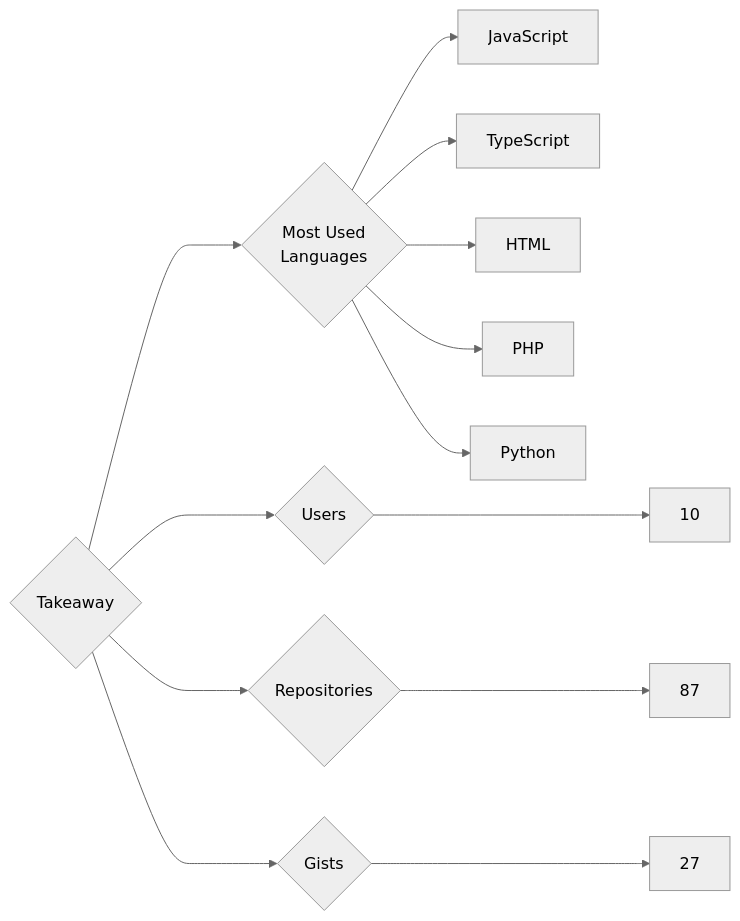
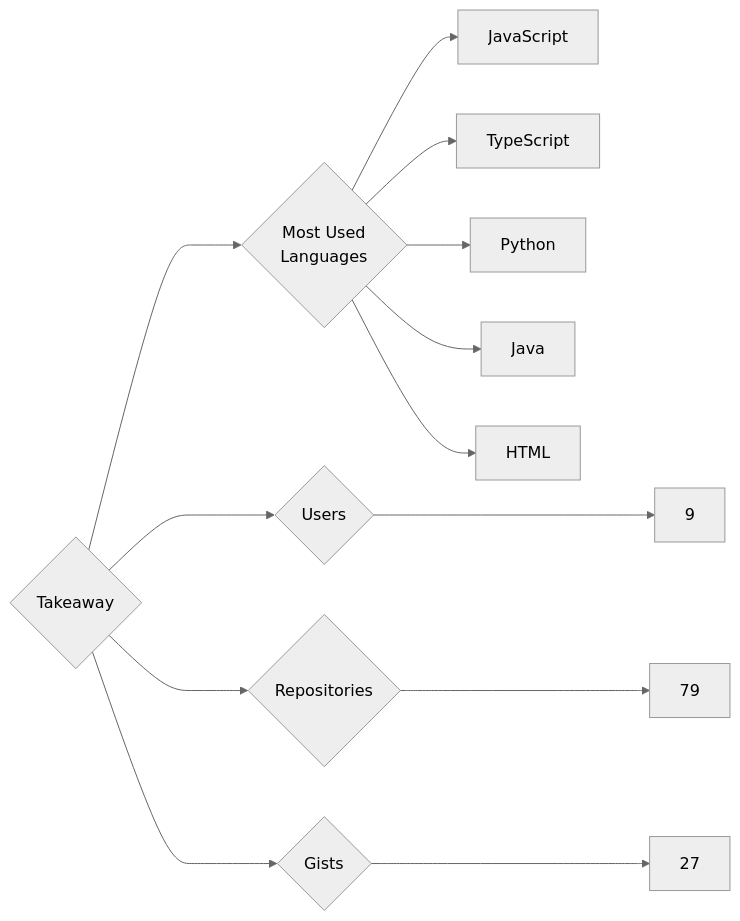
Before and after one commit to trickest/insiders: the diagram in targets/Takeaway/README.md, drawn with Mermaid (neutral theme). The commit also changed 1248 other files, not shown here.

````diff
--- a/targets/Takeaway/README.md
+++ b/targets/Takeaway/README.md
@@ -3,13 +3,13 @@
 ```mermaid
 graph LR
 COMPANY_NAME{Takeaway}
-COMPANY_NAME ---> U{Users} ---> UN[10]
-COMPANY_NAME ---> R{Repositories} ---> RN[87]
+COMPANY_NAME ---> U{Users} ---> UN[9]
+COMPANY_NAME ---> R{Repositories} ---> RN[79]
 COMPANY_NAME ---> G{Gists} ---> GN[27]
 COMPANY_NAME ---> ML{Most Used<br>Languages}
 ML --> JavaScript[JavaScript]
 ML --> TypeScript[TypeScript]
+ML --> Python[Python]
+ML --> Java[Java]
 ML --> HTML[HTML]
-ML --> PHP[PHP]
-ML --> Python[Python]
 ```
````
